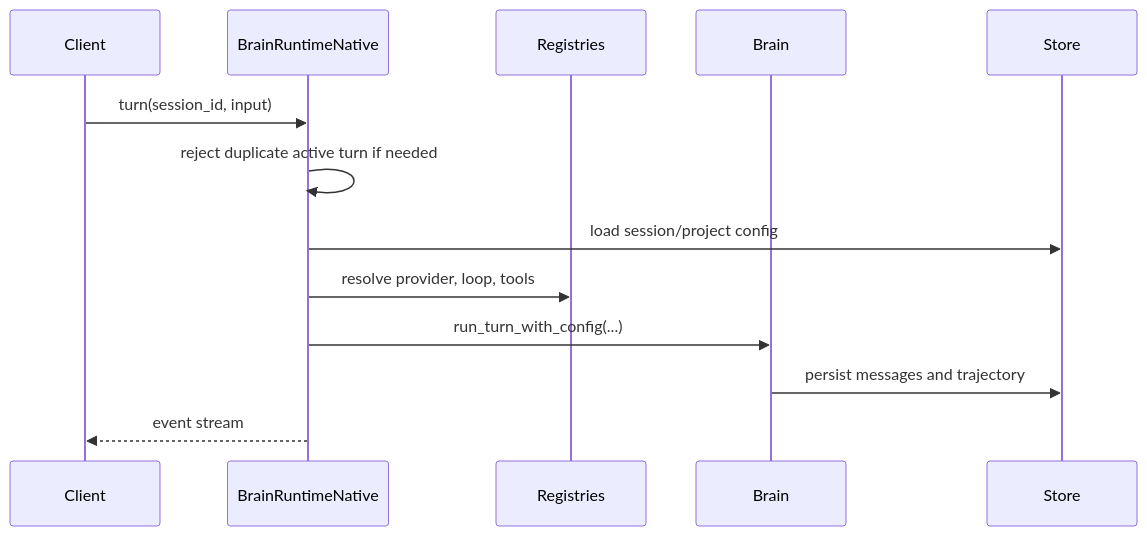
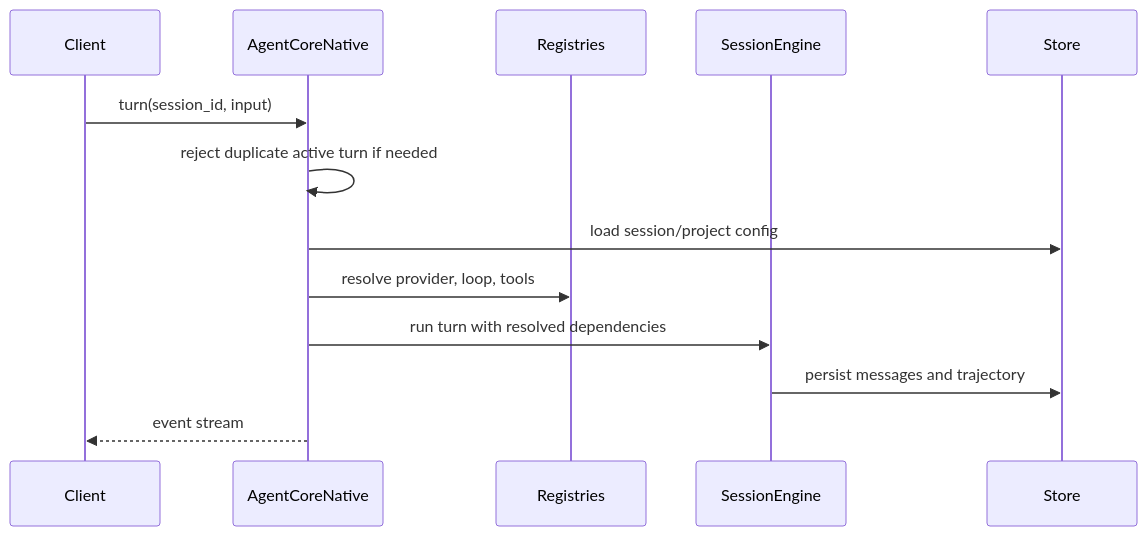
One commit to leto-labs/leto changed the diagram in docs/architecture/core/BrainRuntimeNative.md. Above: the diagram before and after it, drawn with Mermaid. The commit also changed other lines of this file and 160 other files, not shown here.

````diff
--- a/docs/architecture/core/BrainRuntimeNative.md
+++ b/docs/architecture/core/BrainRuntimeNative.md
@@ -38,16 +39,16 @@
 ```mermaid
 sequenceDiagram
     participant Client
-    participant Runtime as BrainRuntimeNative
+    participant Core as AgentCoreNative
     participant Registry as Registries
-    participant Brain
+    participant Runtime as SessionEngine
     participant Store
 
-    Client->>Runtime: turn(session_id, input)
-    Runtime->>Runtime: reject duplicate active turn if needed
-    Runtime->>Store: load session/project config
-    Runtime->>Registry: resolve provider, loop, tools
-    Runtime->>Brain: run_turn_with_config(...)
-    Brain->>Store: persist messages and trajectory
-    Runtime-->>Client: event stream
+    Client->>Core: turn(session_id, input)
+    Core->>Core: reject duplicate active turn if needed
+    Core->>Store: load session/project config
+    Core->>Registry: resolve provider, loop, tools
+    Core->>Runtime: run turn with resolved dependencies
+    Runtime->>Store: persist messages and trajectory
+    Core-->>Client: event stream
 ```
````
